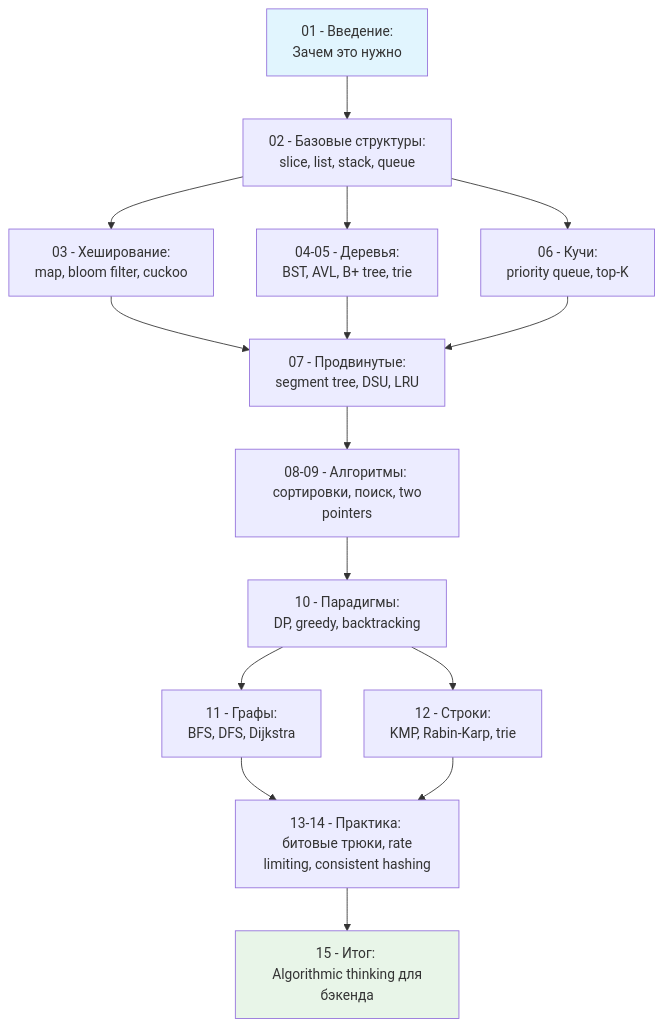
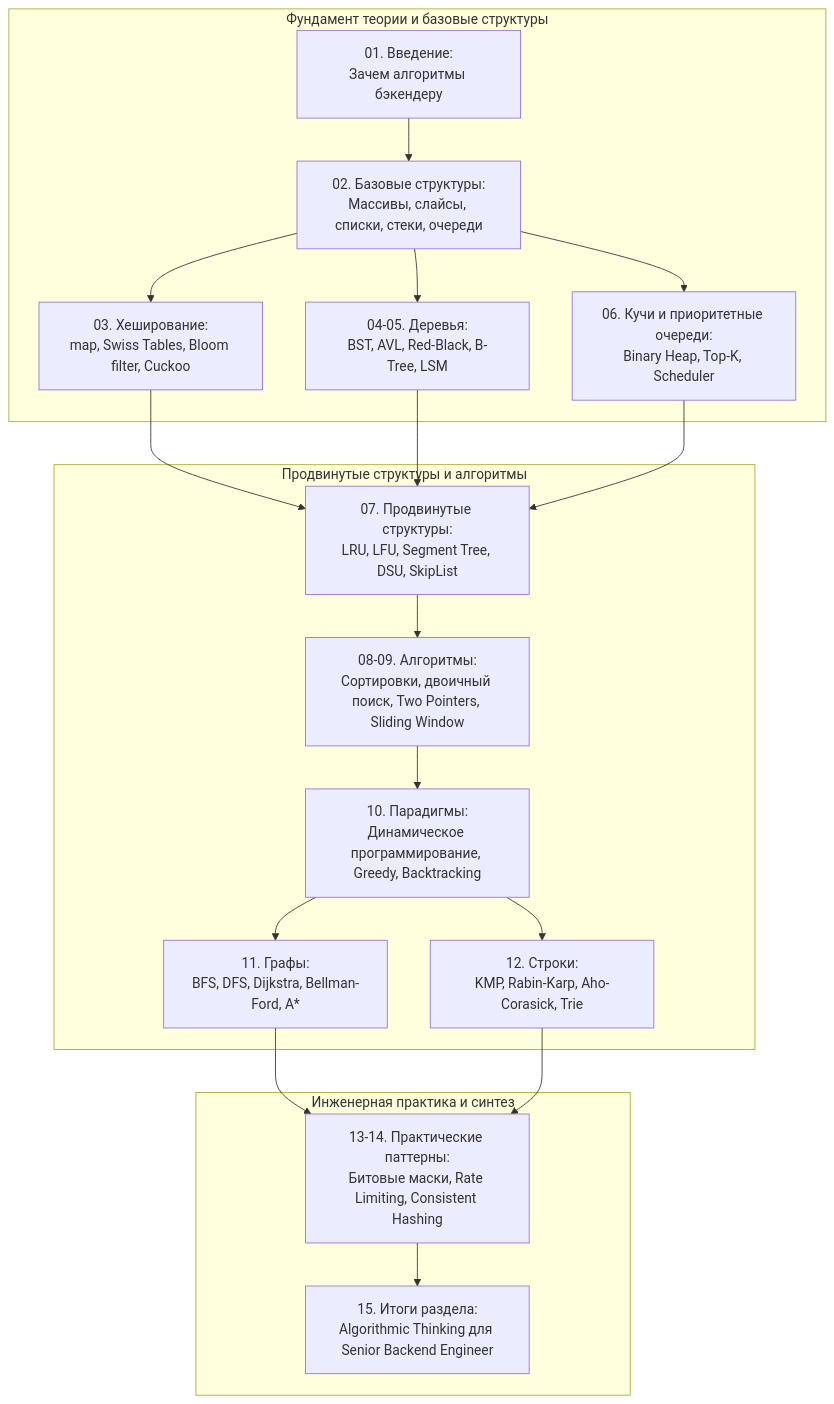
The third of 3 diagrams in sources/20. Алгоритмы и структуры данных (DSA) на Go/01. Введение/1. Обзор раздела. Зачем алгоритмы и структуры данных backend разработчику.md (UnrealTemplier/go-textbook), drawn with Mermaid before and after one commit. The commit also changed other lines of this file, not shown here.

````diff
--- a/sources/20. Алгоритмы и структуры данных (DSA) на Go/01. Введение/1. Обзор раздела. Зачем алгоритмы и структуры данных backend разработчику.md
+++ b/sources/20. Алгоритмы и структуры данных (DSA) на Go/01. Введение/1. Обзор раздела. Зачем алгоритмы и структуры данных backend разработчику.md
@@ -203,24 +242,25 @@
 ```mermaid
 flowchart TD
-    A["01 - Введение: <br> Зачем это нужно"] --> B["02 - Базовые структуры: <br> slice, list, stack, queue"]
-    B --> C["03 - Хеширование: <br> map, bloom filter, cuckoo"]
-    B --> D["04-05 - Деревья: <br> BST, AVL, B+ tree, trie"]
-    B --> E["06 - Кучи: <br> priority queue, top-K"]
-    
-    C --> F["07 - Продвинутые: <br> segment tree, DSU, LRU"]
-    D --> F
-    E --> F
-    
-    F --> G["08-09 - Алгоритмы: <br> сортировки, поиск, two pointers"]
-    G --> H["10 - Парадигмы: <br> DP, greedy, backtracking"]
-    H --> I["11 - Графы: <br> BFS, DFS, Dijkstra"]
-    H --> J["12 - Строки: <br> KMP, Rabin-Karp, trie"]
-    
-    I --> K["13-14 - Практика: <br> битовые трюки, rate limiting, consistent hashing"]
-    J --> K
-    
-    K --> L["15 - Итог: <br> Algorithmic thinking для бэкенда"]
-    
-    style A fill:#e1f5fe
-    style L fill:#e8f5e8
+    subgraph Part1["Фундамент теории и базовые структуры"]
+        A["01. Введение:<br>Зачем алгоритмы бэкендеру"] --> B["02. Базовые структуры:<br>Массивы, слайсы, списки, стеки, очереди"]
+        B --> C["03. Хеширование:<br>map, Swiss Tables, Bloom filter, Cuckoo"]
+        B --> D["04-05. Деревья:<br>BST, AVL, Red-Black, B-Tree, LSM"]
+        B --> E["06. Кучи и приоритетные очереди:<br>Binary Heap, Top-K, Scheduler"]
+    end
+
+    subgraph Part2["Продвинутые структуры и алгоритмы"]
+        C --> F["07. Продвинутые структуры:<br>LRU, LFU, Segment Tree, DSU, SkipList"]
+        D --> F
+        E --> F
+        F --> G["08-09. Алгоритмы:<br>Сортировки, двоичный поиск, Two Pointers, Sliding Window"]
+        G --> H["10. Парадигмы:<br>Динамическое программирование, Greedy, Backtracking"]
+        H --> I["11. Графы:<br>BFS, DFS, Dijkstra, Bellman-Ford, A*"]
+        H --> J["12. Строки:<br>KMP, Rabin-Karp, Aho-Corasick, Trie"]
+    end
+
+    subgraph Part3["Инженерная практика и синтез"]
+        I --> K["13-14. Практические паттерны:<br>Битовые маски, Rate Limiting, Consistent Hashing"]
+        J --> K
+        K --> L["15. Итоги раздела:<br>Algorithmic Thinking для Senior Backend Engineer"]
+    end
 ```
````
